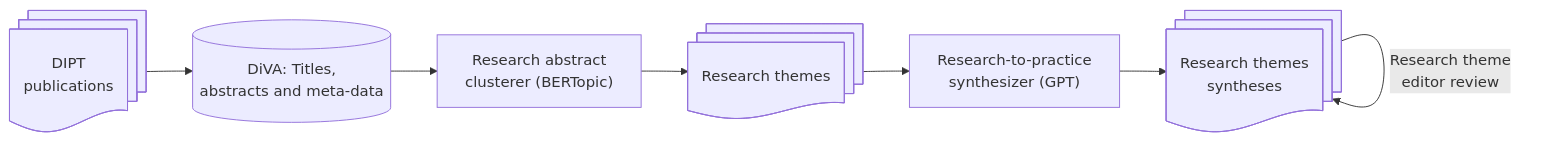
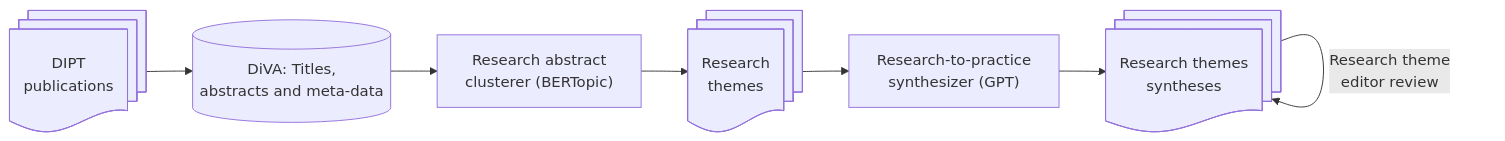
Before and after one commit to bth-dipt-research/scipop: the diagram in README.md, drawn with Mermaid.

````diff
--- a/README.md
+++ b/README.md
@@ -6,12 +6,12 @@
 ```mermaid
 flowchart LR
     Papers@{ shape: docs, label: "DIPT\npublications"}
     DiVA@{ shape: database, label: "DiVA: Titles,\nabstracts and meta-data"}
     RAC@{ shape: rect, label: "Research abstract\nclusterer (BERTopic)"}
-    RT@{ shape: docs, label: "Research themes"}
+    RT@{ shape: docs, label: "Research\nthemes"}
     RTP@{ shape: rect, label: "Research-to-practice\nsynthesizer (GPT)" }
     RTS@{ shape: docs, label: "Research themes\nsyntheses" }
     Papers --> DiVA --> RAC --> RT --> RTP --> RTS
     RTS --Research theme
  editor review--> RTS
 ```
````
